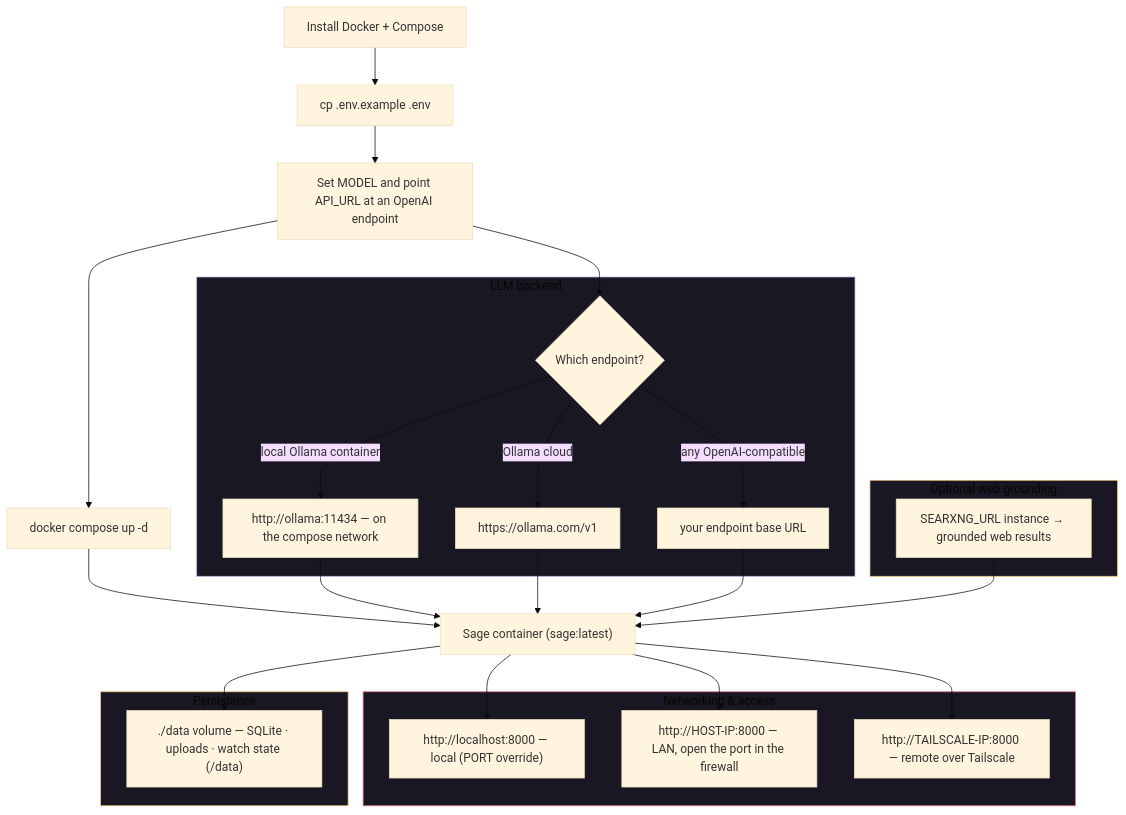
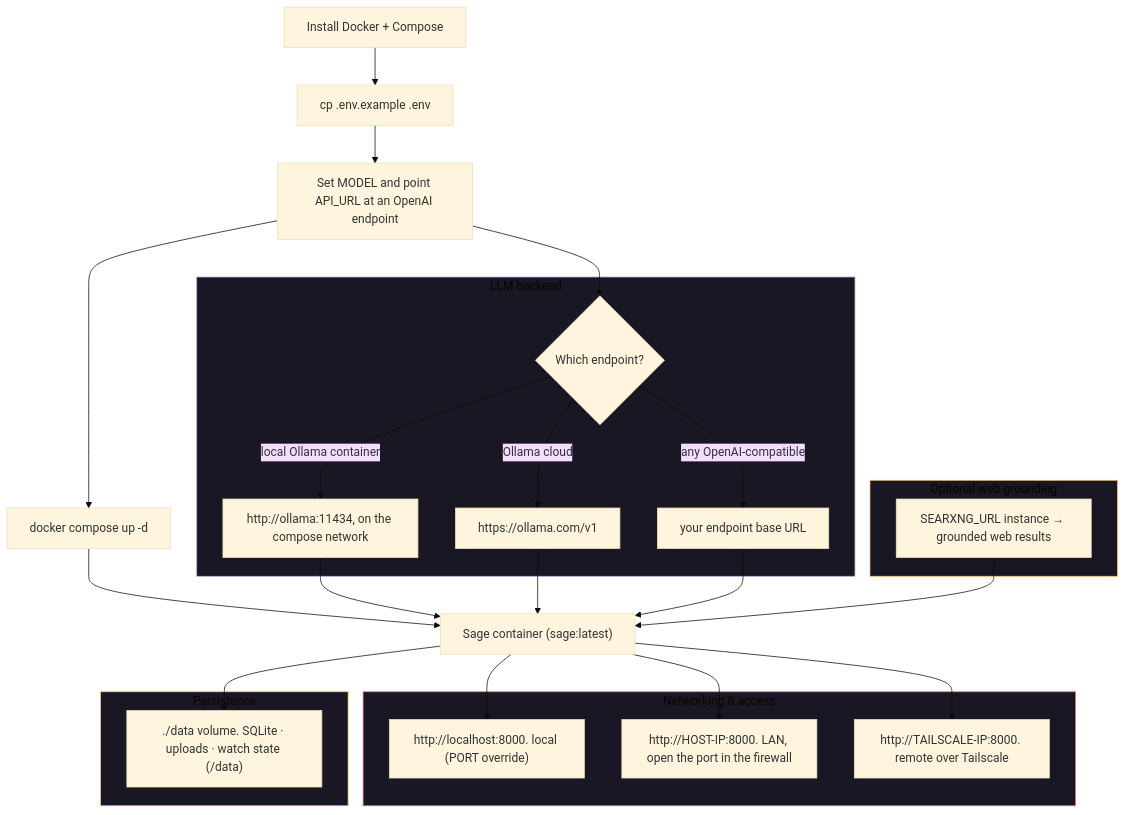
Before and after one commit to totallynotbrent/Sage: the diagram in docs/setup.md, drawn with Mermaid (base theme). The commit also changed 37 other files, not shown here.

````diff
--- a/docs/setup.md
+++ b/docs/setup.md
@@ -8,40 +8,40 @@
 ```mermaid
 flowchart TB
     A["Install Docker + Compose"] --> B["cp .env.example .env"]
     B --> C["Set MODEL and point API_URL at an OpenAI endpoint"]
     C --> D["docker compose up -d"]
     D --> E["Sage container (sage:latest)"]
 
     subgraph LLM["LLM backend"]
         G{"Which endpoint?"}
-        G -->|"local Ollama container"| H["http://ollama:11434 — on the compose network"]
+        G -->|"local Ollama container"| H["http://ollama:11434, on the compose network"]
         G -->|"Ollama cloud"| I["https://ollama.com/v1"]
         G -->|"any OpenAI-compatible"| J["your endpoint base URL"]
     end
     subgraph NET["Networking & access"]
-        K["http://localhost:8000 — local (PORT override)"]
-        L["http://HOST-IP:8000 — LAN, open the port in the firewall"]
-        M["http://TAILSCALE-IP:8000 — remote over Tailscale"]
+        K["http://localhost:8000. local (PORT override)"]
+        L["http://HOST-IP:8000. LAN, open the port in the firewall"]
+        M["http://TAILSCALE-IP:8000. remote over Tailscale"]
     end
     subgraph DATA["Persistence"]
-        F["./data volume — SQLite · uploads · watch state (/data)"]
+        F["./data volume. SQLite · uploads · watch state (/data)"]
     end
     subgraph GROUND["Optional web grounding"]
         N["SEARXNG_URL instance → grounded web results"]
     end
 
     C --> G
     H --> E
     I --> E
     J --> E
     E --> F
     E --> K
     E --> L
     E --> M
     N --> E
 
     style LLM fill:#191724,stroke:#c4a7e7
     style NET fill:#191724,stroke:#eb6f92
     style DATA fill:#191724,stroke:#f6c177
     style GROUND fill:#191724,stroke:#f6c177
 ```
````
